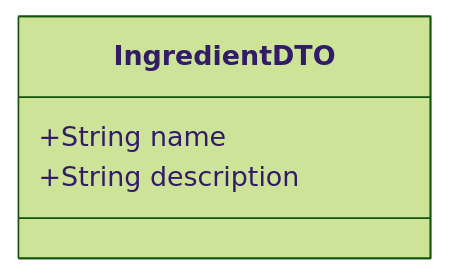
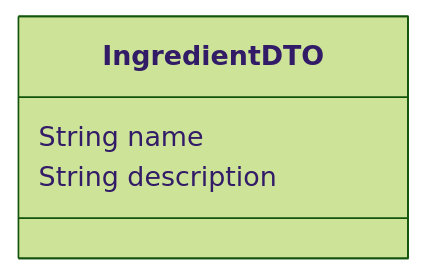
Before and after one commit to GruboKrojone/SneakFit: the fifth of 5 diagrams in Backend/README.md, drawn with Mermaid (forest theme). The commit also changed other lines of this file, not shown here.

````diff
--- a/Backend/README.md
+++ b/Backend/README.md
@@ -881,7 +881,7 @@
 ```mermaid
 classDiagram
     class IngredientDTO {
-        +String name
-        +String description
+        String name
+        String description
     }
 ```
````
